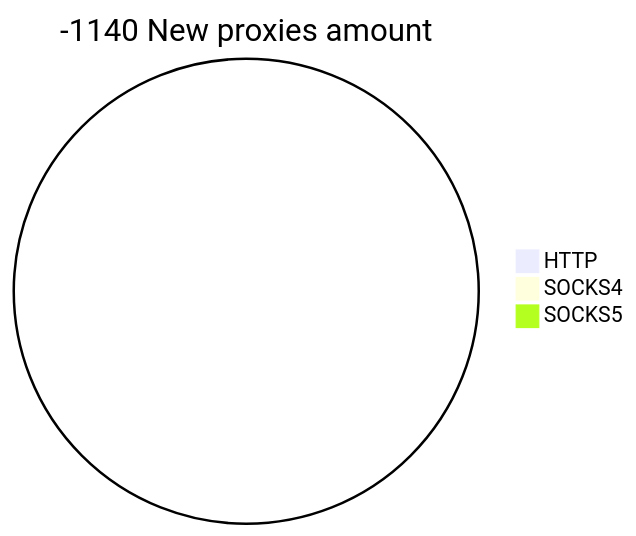
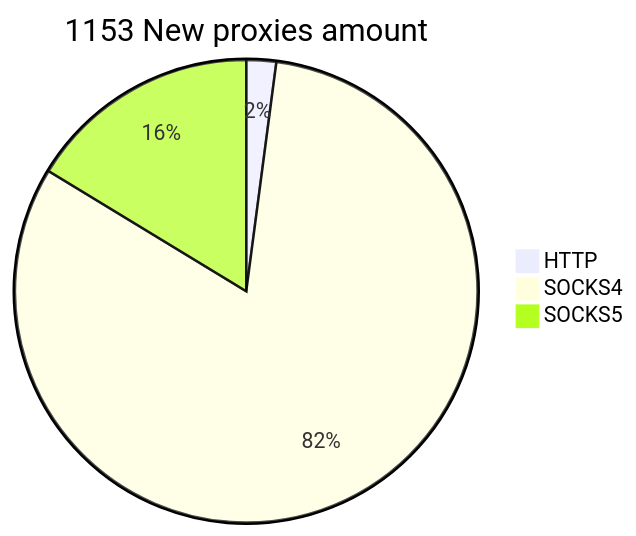
The second of 2 diagrams in README.md (cutipu/proxylist), drawn with Mermaid before and after one commit. The commit also changed other lines of this file, not shown here.

````diff
--- a/README.md
+++ b/README.md
@@ -10,6 +10,6 @@
 ```mermaid
-pie title -1140 New proxies amount
-    "HTTP" : 0
-    "SOCKS4" : 0
-    "SOCKS5" : 0
+pie title 1153 New proxies amount
+    "HTTP" : 24
+    "SOCKS4" : 941
+    "SOCKS5" : 188
 ```
````
